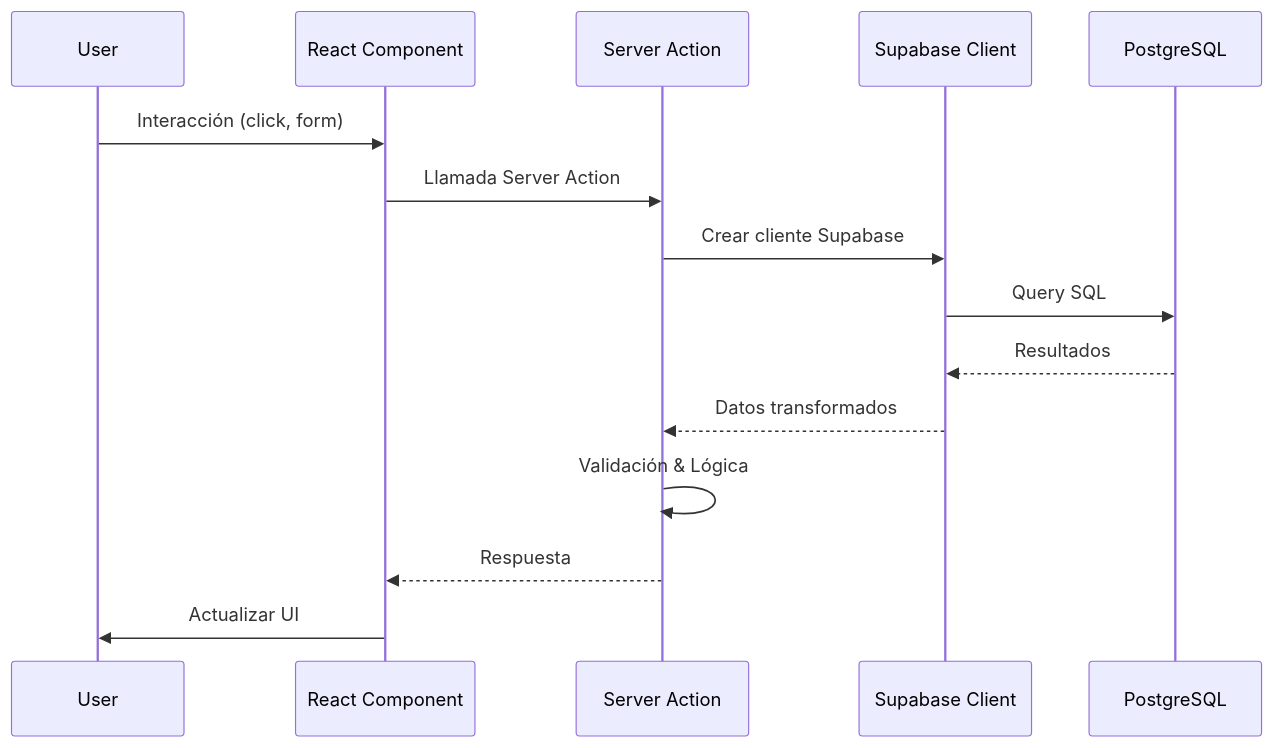
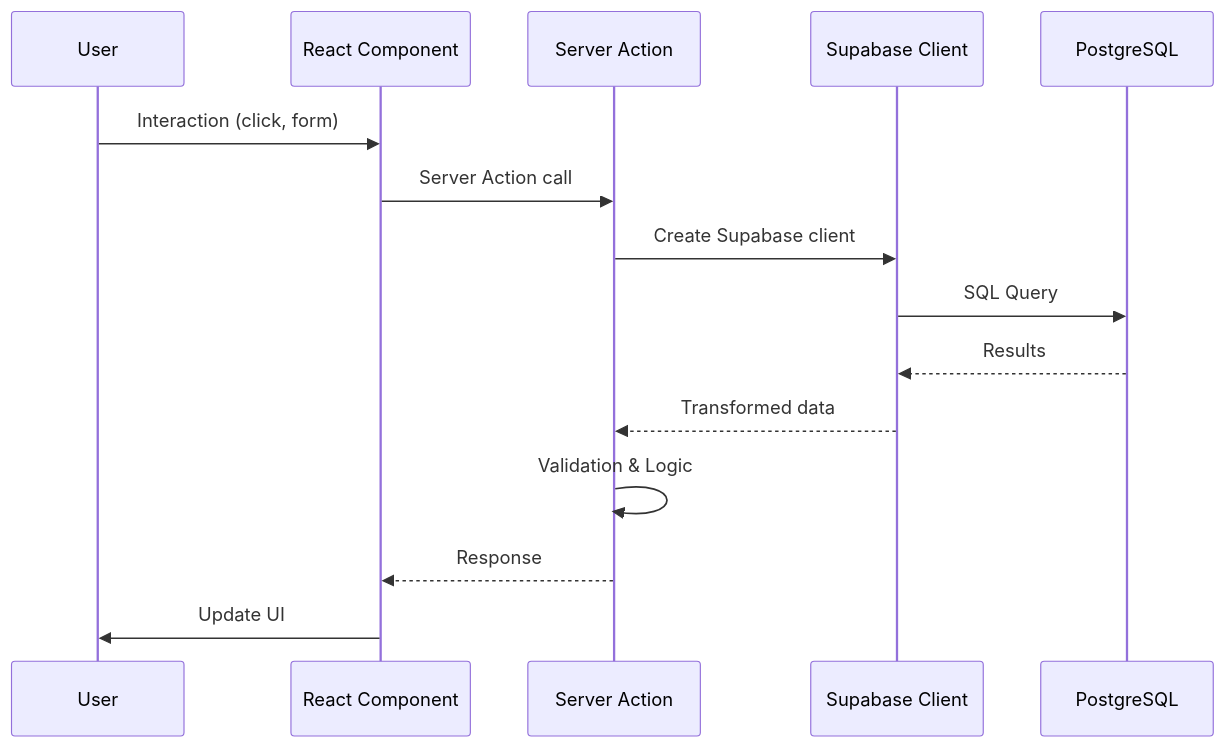
Before and after one commit to davidgarciamunozz/doit: the diagram in README.md, drawn with Mermaid. The commit also changed other lines of this file, not shown here.

````diff
--- a/README.md
+++ b/README.md
@@ -61,18 +61,18 @@
 ```mermaid
 sequenceDiagram
     participant User
     participant UI as React Component
     participant SA as Server Action
     participant SC as Supabase Client
     participant DB as PostgreSQL
 
-    User->>UI: Interacción (click, form)
-    UI->>SA: Llamada Server Action
-    SA->>SC: Crear cliente Supabase
-    SC->>DB: Query SQL
-    DB-->>SC: Resultados
-    SC-->>SA: Datos transformados
-    SA->>SA: Validación & Lógica
-    SA-->>UI: Respuesta
-    UI->>User: Actualizar UI
+    User->>UI: Interaction (click, form)
+    UI->>SA: Server Action call
+    SA->>SC: Create Supabase client
+    SC->>DB: SQL Query
+    DB-->>SC: Results
+    SC-->>SA: Transformed data
+    SA->>SA: Validation & Logic
+    SA-->>UI: Response
+    UI->>User: Update UI
 ```
````
